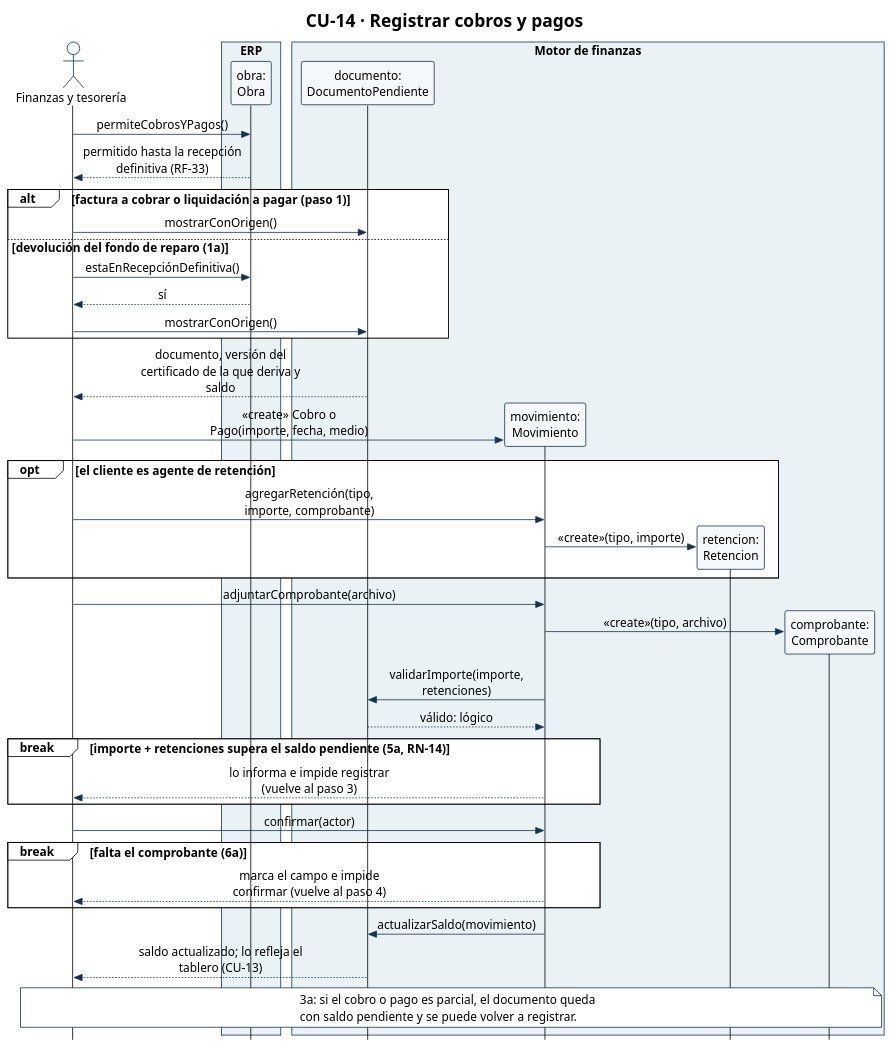
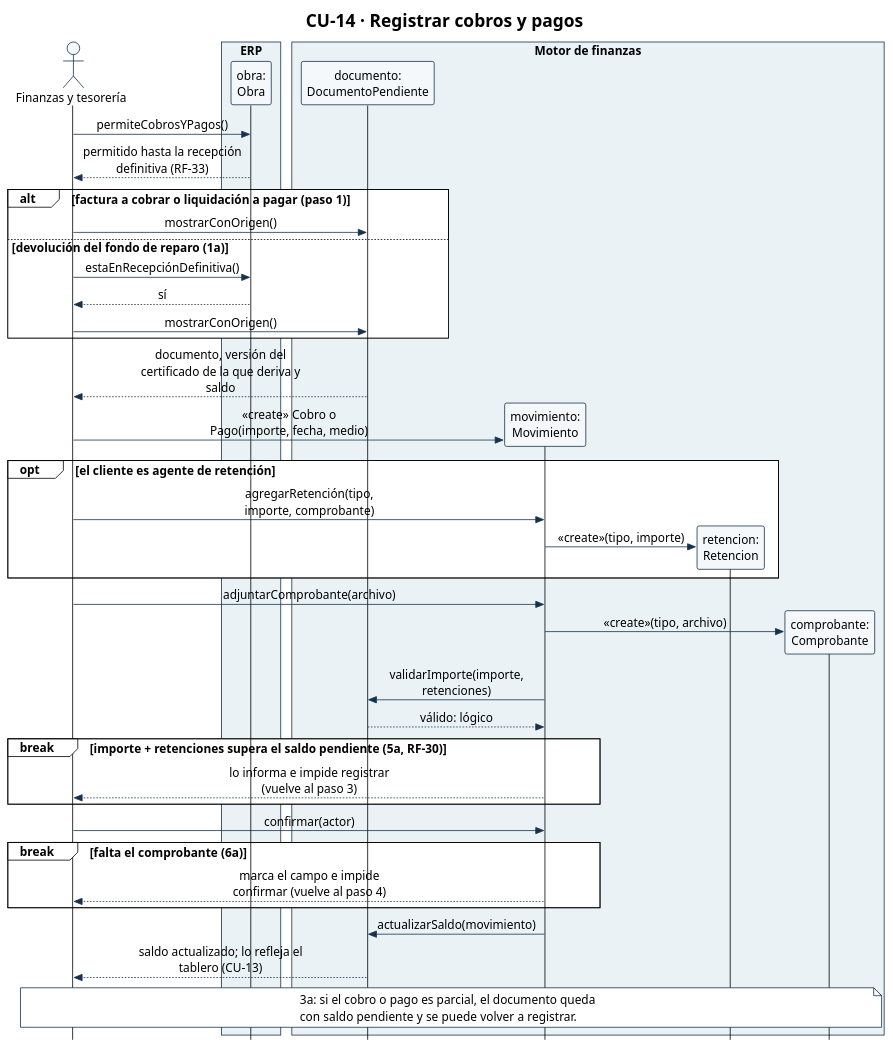
One commit to Ssrrb/tpf-uca changed the diagram in diagramas/CU-14-secuencia.puml. Above: the diagram before and after it, drawn with PlantUML. The commit also changed 40 other files, not shown here.

```diff
--- a/diagramas/CU-14-secuencia.puml
+++ b/diagramas/CU-14-secuencia.puml
@@ -1,70 +1,70 @@
 @startuml
 !theme plain
 skinparam style strictuml
 skinparam shadowing false
 skinparam defaultFontName Arial
 skinparam defaultFontSize 15
 skinparam sequenceMessageAlign center
 skinparam maxMessageSize 220
 skinparam ParticipantPadding 8
 skinparam BoxPadding 6
 skinparam ParticipantBackgroundColor #F5F8FA
 skinparam ParticipantBorderColor #17324D
 skinparam ActorBorderColor #17324D
 skinparam ActorBackgroundColor #F5F8FA
 skinparam ArrowColor #17324D
 skinparam SequenceBoxBorderColor #17324D
 skinparam note {
   BackgroundColor #FFFFFF
   BorderColor #17324D
 }
 hide footbox
 title CU-14 · Registrar cobros y pagos
 actor "Finanzas y tesorería" as Fin
 box "ERP" #EAF2F6
 participant "obra:\nObra" as Obra
 end box
 box "Motor de finanzas" #EAF2F6
 participant "documento:\nDocumentoPendiente" as Doc
 participant "movimiento:\nMovimiento" as Mov
 participant "retencion:\nRetencion" as Ret
 participant "comprobante:\nComprobante" as Comp
 end box
 
 Fin -> Obra: permiteCobrosYPagos()
 Obra --> Fin: permitido hasta la recepción definitiva (RF-33)
 alt factura a cobrar o liquidación a pagar (paso 1)
   Fin -> Doc: mostrarConOrigen()
 else devolución del fondo de reparo (1a)
   Fin -> Obra: estaEnRecepciónDefinitiva()
   Obra --> Fin: sí
   Fin -> Doc: mostrarConOrigen()
 end
 Doc --> Fin: documento, versión del certificado de la que deriva y saldo
 
 create Mov
 Fin -> Mov: «create» Cobro o Pago(importe, fecha, medio)
 opt el cliente es agente de retención
   Fin -> Mov: agregarRetención(tipo, importe, comprobante)
   create Ret
   Mov -> Ret: «create»(tipo, importe)
 end
 Fin -> Mov: adjuntarComprobante(archivo)
 create Comp
 Mov -> Comp: «create»(tipo, archivo)
 Mov -> Doc: validarImporte(importe, retenciones)
 Doc --> Mov: válido: lógico
-break importe + retenciones supera el saldo pendiente (5a, RN-14)
+break importe + retenciones supera el saldo pendiente (5a, RF-30)
   Mov --> Fin: lo informa e impide registrar (vuelve al paso 3)
 end
 Fin -> Mov: confirmar(actor)
 break falta el comprobante (6a)
   Mov --> Fin: marca el campo e impide confirmar (vuelve al paso 4)
 end
 Mov -> Doc: actualizarSaldo(movimiento)
 Doc --> Fin: saldo actualizado; lo refleja el tablero (CU-13)
 note over Fin, Comp
   3a: si el cobro o pago es parcial, el documento queda
   con saldo pendiente y se puede volver a registrar.
 end note
 @enduml
```
